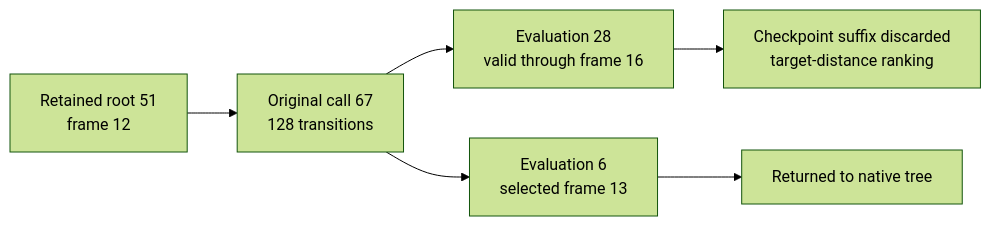
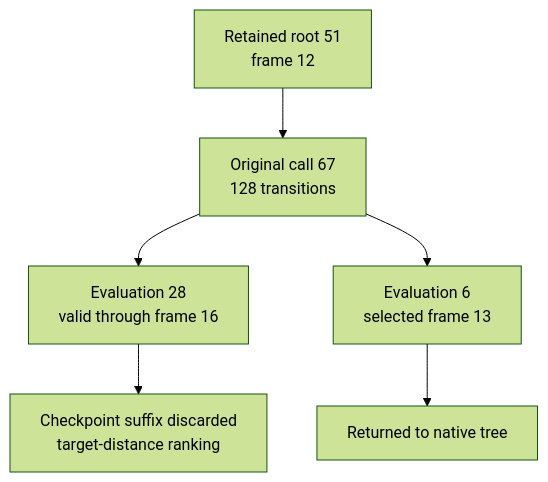
Before and after one commit to manfromnowhere143/sentinel: the sixth of 10 diagrams in docs/ARCHITECTURE.md, drawn with Mermaid (forest theme). The commit also changed other lines of this file and 8 other files, not shown here.

````diff
--- a/docs/ARCHITECTURE.md
+++ b/docs/ARCHITECTURE.md
@@ -577,8 +591,10 @@
 ```mermaid
-flowchart LR
+flowchart TB
+  accTitle: Retained prefix selection diagnostic
+  accDescr: An original local program is a finite witness, not a new integrated success.
   R["Retained root 51<br/>frame 12"] --> G["Original call 67<br/>128 transitions"]
   G --> W["Evaluation 28<br/>valid through frame 16"]
   G --> P["Evaluation 6<br/>selected frame 13"]
   W --> D["Checkpoint suffix discarded<br/>target-distance ranking"]
   P --> T["Returned to native tree"]
 ```
````
